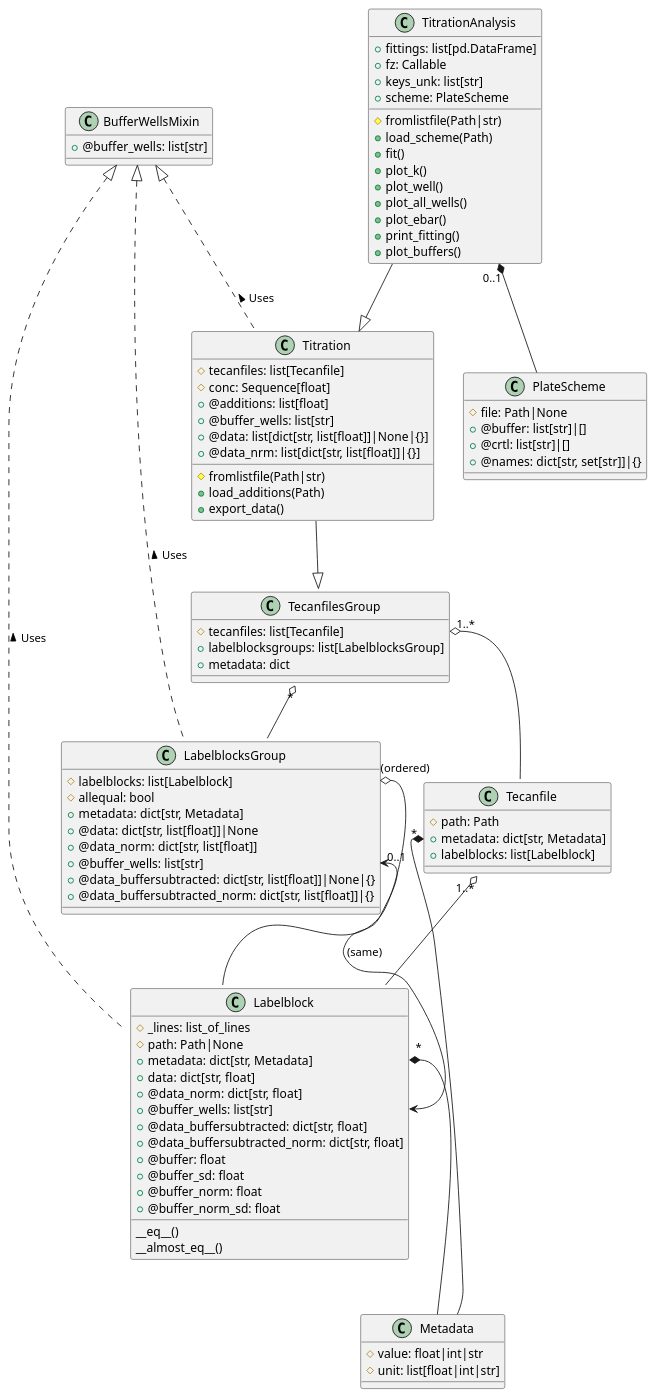
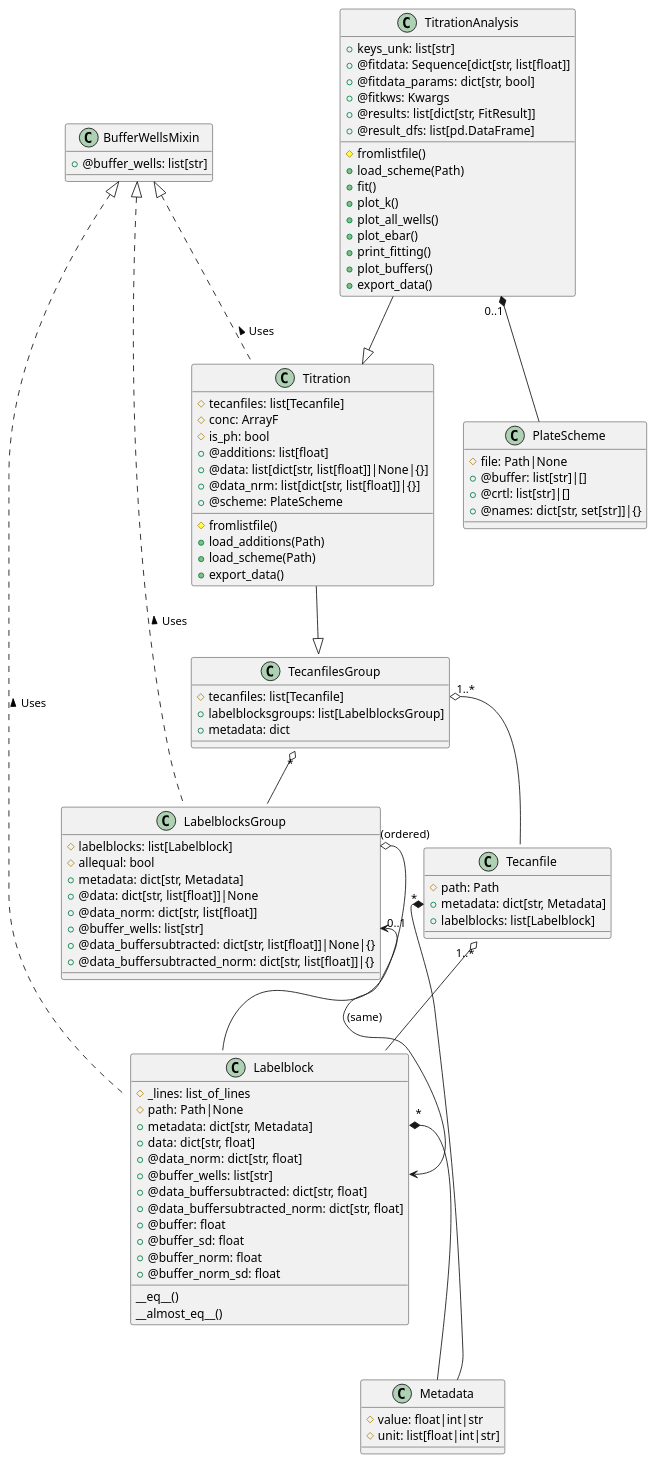
Before and after one commit to darosio/ClopHfit: the diagram in docs/references/prtecan.uml.rst, drawn with PlantUML. The commit also changed 2 other files, not shown here.

Commit message:
docs: Update tutorials and (partially) UML

```diff
--- a/docs/references/prtecan.uml.rst
+++ b/docs/references/prtecan.uml.rst
@@ -66,13 +66,15 @@
 
    class Titration{
      #tecanfiles: list[Tecanfile]
-     #conc: Sequence[float]
-	 #fromlistfile(Path|str)
+     #conc: ArrayF
+     #is_ph: bool
+	 #fromlistfile()
+	 +@additions: list[float]
 	 +load_additions(Path)
-	 +@additions: list[float]
-	 +@buffer_wells: list[str]
 	 +@data: list[dict[str, list[float]]|None|{}]
 	 +@data_nrm: list[dict[str, list[float]]|{}]
+	 +@scheme: PlateScheme
+	 +load_scheme(Path)
 	 +export_data()
    }
 
@@ -86,19 +88,21 @@
    }
 
    class TitrationAnalysis{
-	 #fromlistfile(Path|str)
+     +keys_unk: list[str]
+	 #fromlistfile()
+     +@fitdata: Sequence[dict[str, list[float]]
+     +@fitdata_params: dict[str, bool]
+     +@fitkws: Kwargs
+     +@results: list[dict[str, FitResult]]
+     +@result_dfs: list[pd.DataFrame]
 	 +load_scheme(Path)
-	 +fittings: list[pd.DataFrame]
-     +fz: Callable
-     +keys_unk: list[str]
-	 +scheme: PlateScheme
 	 +fit()
 	 +plot_k()
-	 +plot_well()
 	 +plot_all_wells()
 	 +plot_ebar()
 	 +print_fitting()
 	 +plot_buffers()
+	 +export_data()
    }
 
    TitrationAnalysis --|> Titration
```
